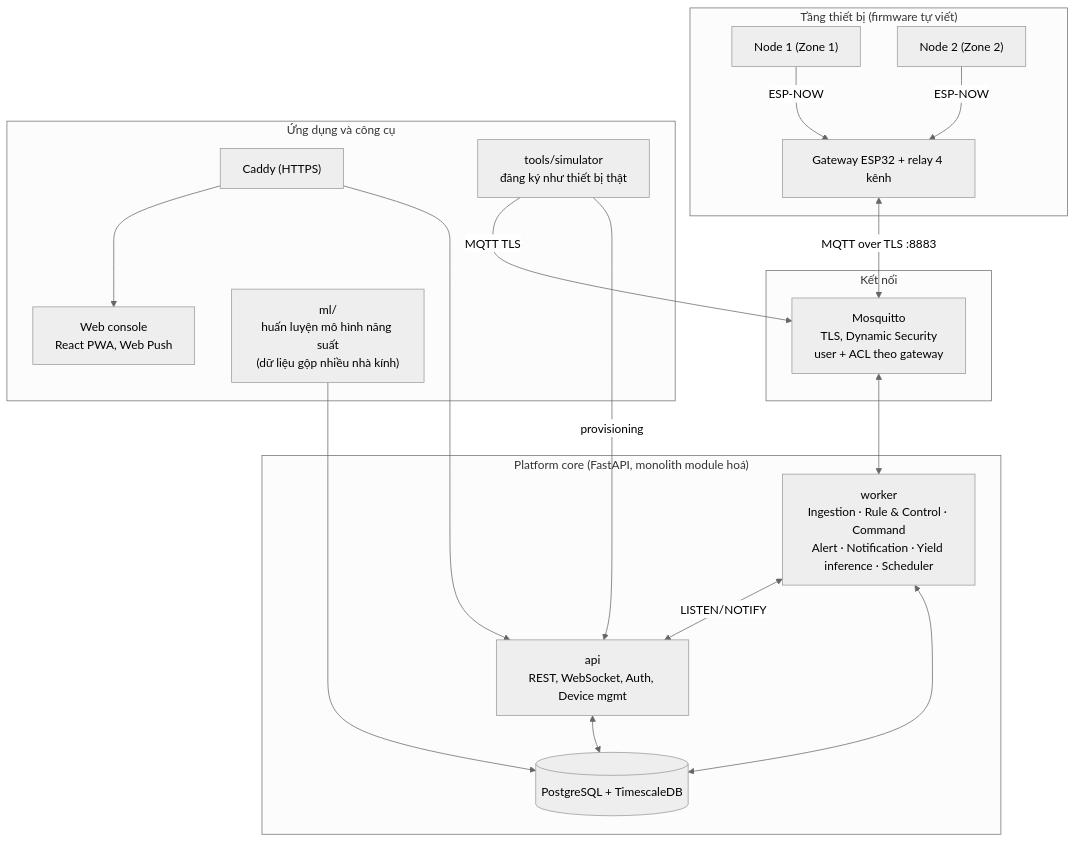
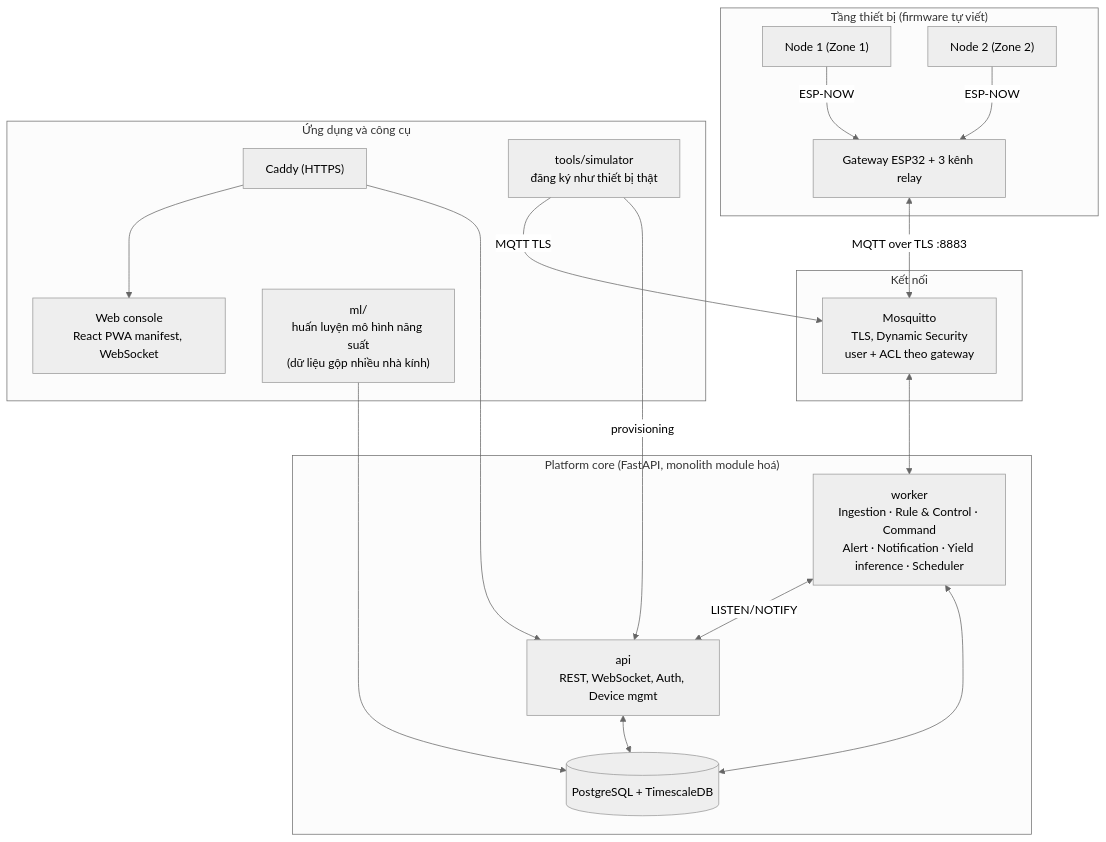
Before and after one commit to NgoTheTan/smart_greenhouse: the diagram in docs/greenhub-spec.md, drawn with Mermaid (neutral theme). The commit also changed other lines of this file and 106 other files, not shown here.

````diff
--- a/docs/greenhub-spec.md
+++ b/docs/greenhub-spec.md
@@ -60,38 +60,38 @@
 ```mermaid
 flowchart TB
   subgraph DEV["Tầng thiết bị (firmware tự viết)"]
     N1["Node 1 (Zone 1)"]
     N2["Node 2 (Zone 2)"]
-    GW["Gateway ESP32 + relay 4 kênh"]
+    GW["Gateway ESP32 + 3 kênh relay"]
     N1 -->|ESP-NOW| GW
     N2 -->|ESP-NOW| GW
   end
 
   subgraph CONN["Kết nối"]
     MQ["Mosquitto<br/>TLS, Dynamic Security<br/>user + ACL theo gateway"]
   end
 
   subgraph CORE["Platform core (FastAPI, monolith module hoá)"]
     WK["worker<br/>Ingestion · Rule & Control · Command<br/>Alert · Notification · Yield inference · Scheduler"]
     API["api<br/>REST, WebSocket, Auth, Device mgmt"]
     DB[("PostgreSQL + TimescaleDB")]
     WK <-->|LISTEN/NOTIFY| API
     WK <--> DB
     API <--> DB
   end
 
   subgraph APP["Ứng dụng và công cụ"]
     CD["Caddy (HTTPS)"]
-    WEB["Web console<br/>React PWA, Web Push"]
+    WEB["Web console<br/>React PWA manifest, WebSocket"]
     SIM["tools/simulator<br/>đăng ký như thiết bị thật"]
     ML["ml/<br/>huấn luyện mô hình năng suất<br/>(dữ liệu gộp nhiều nhà kính)"]
   end
 
   GW <-->|"MQTT over TLS :8883"| MQ
   MQ <--> WK
   CD --> WEB
   CD --> API
   SIM -->|MQTT TLS| MQ
   SIM -->|provisioning| API
   ML --> DB
 ```
````
